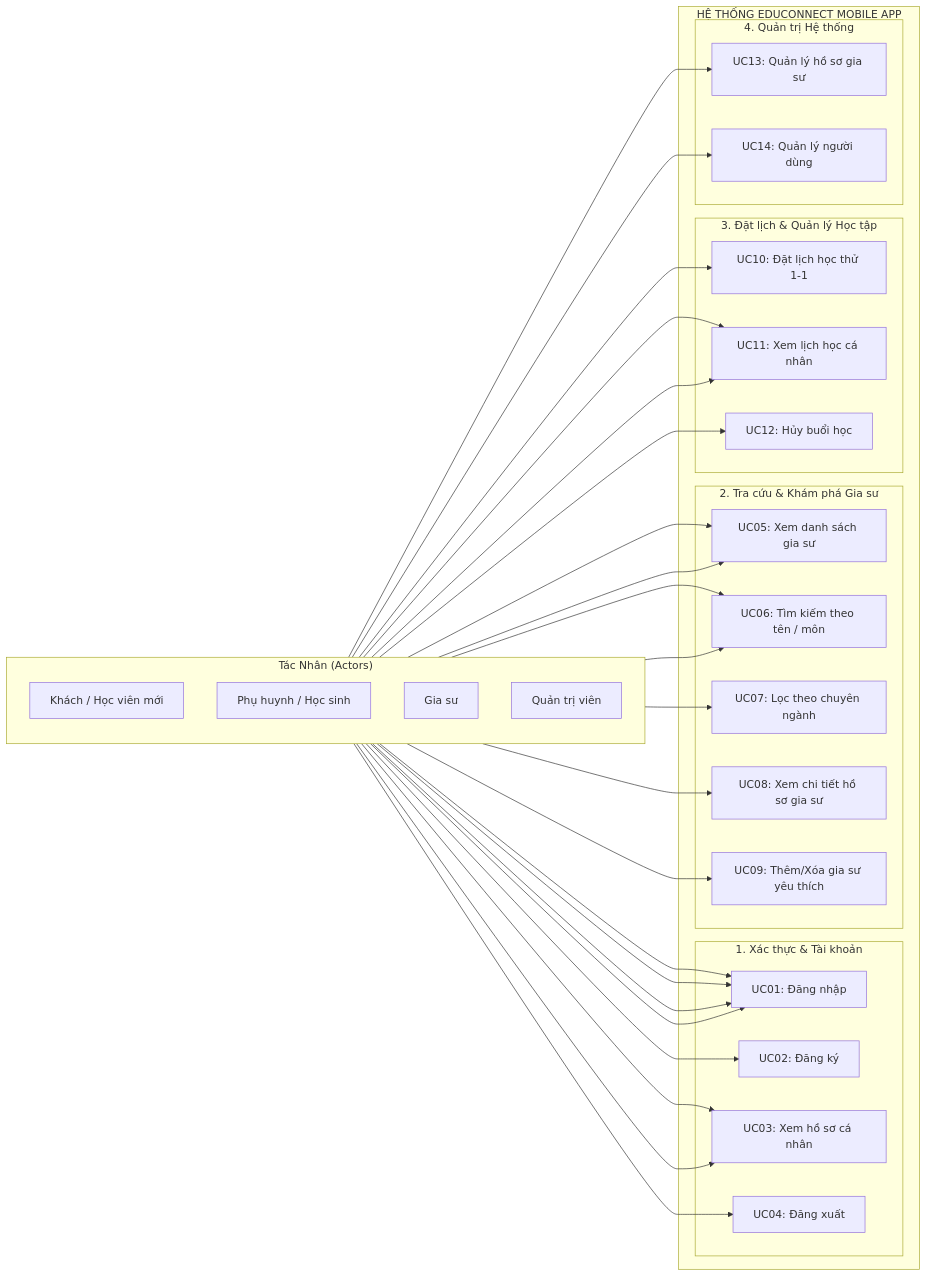
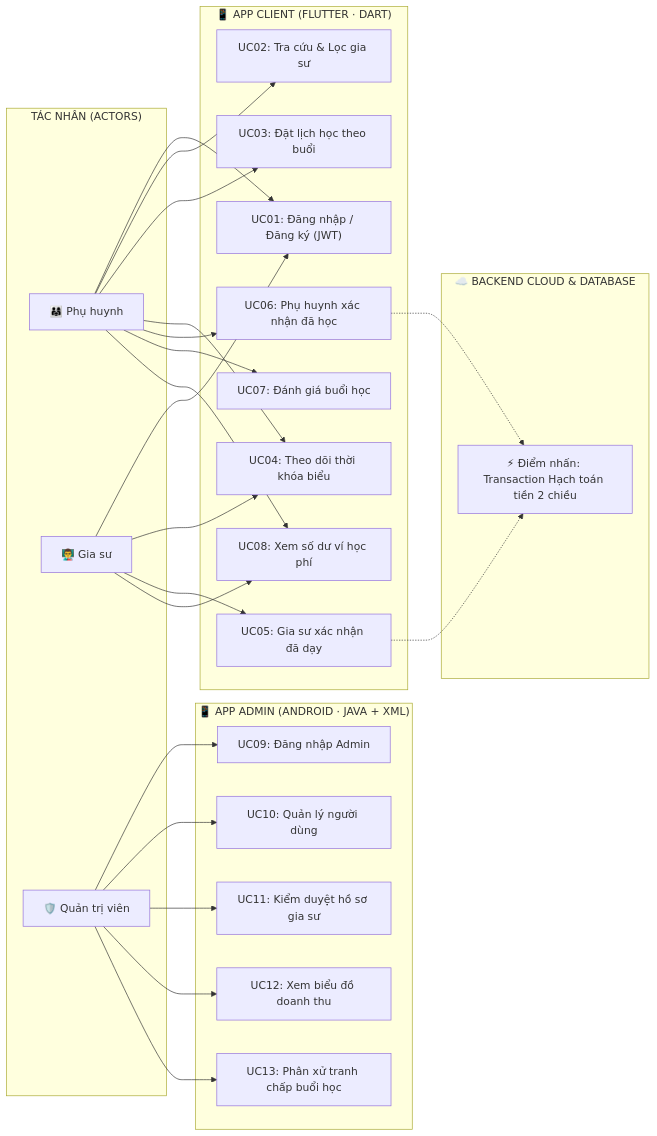
The second of 3 diagrams in README.md (vuongskyy-sys/androistudio), drawn with Mermaid before and after one commit. The commit also changed other lines of this file and 12 other files, not shown here.

Commit message:
feat: Hoan thien he thong da nen tang De tai 22 - Backend Node.js Express PostgreSQL 9 bang, Client Flutter xac nhan 2 chieu, Admin Android Retrofit 2

````diff
--- a/README.md
+++ b/README.md
@@ -60,63 +103,53 @@
 ```mermaid
 flowchart LR
-    subgraph Actors["Tác Nhân (Actors)"]
-        direction TB
-        Guest["Khách / Học viên mới"]
-        Parent["Phụ huynh / Học sinh"]
-        Tutor["Gia sư"]
-        Admin["Quản trị viên"]
+    subgraph Clients["TÁC NHÂN (ACTORS)"]
+        Parent["👨‍👩‍👧 Phụ huynh"]
+        Tutor["👨‍🏫 Gia sư"]
+        Admin["🛡️ Quản trị viên"]
     end
 
-    subgraph System["HỆ THỐNG EDUCONNECT MOBILE APP"]
-        subgraph AuthModule["1. Xác thực & Tài khoản"]
-            UC01["UC01: Đăng nhập"]
-            UC02["UC02: Đăng ký"]
-            UC03["UC03: Xem hồ sơ cá nhân"]
-            UC04["UC04: Đăng xuất"]
-        end
-
-        subgraph SearchModule["2. Tra cứu & Khám phá Gia sư"]
-            UC05["UC05: Xem danh sách gia sư"]
-            UC06["UC06: Tìm kiếm theo tên / môn"]
-            UC07["UC07: Lọc theo chuyên ngành"]
-            UC08["UC08: Xem chi tiết hồ sơ gia sư"]
-            UC09["UC09: Thêm/Xóa gia sư yêu thích"]
-        end
-
-        subgraph BookingModule["3. Đặt lịch & Quản lý Học tập"]
-            UC10["UC10: Đặt lịch học thử 1-1"]
-            UC11["UC11: Xem lịch học cá nhân"]
-            UC12["UC12: Hủy buổi học"]
-        end
-
-        subgraph AdminModule["4. Quản trị Hệ thống"]
-            UC13["UC13: Quản lý hồ sơ gia sư"]
-            UC14["UC14: Quản lý người dùng"]
-        end
+    subgraph FlutterApp["📱 APP CLIENT (FLUTTER · DART)"]
+        UC01["UC01: Đăng nhập / Đăng ký (JWT)"]
+        UC02["UC02: Tra cứu & Lọc gia sư"]
+        UC03["UC03: Đặt lịch học theo buổi"]
+        UC04["UC04: Theo dõi thời khóa biểu"]
+        UC05["UC05: Gia sư xác nhận đã dạy"]
+        UC06["UC06: Phụ huynh xác nhận đã học"]
+        UC07["UC07: Đánh giá buổi học"]
+        UC08["UC08: Xem số dư ví học phí"]
     end
 
-    Guest --> UC01
-    Guest --> UC02
-    Guest --> UC05
-    Guest --> UC06
+    subgraph AndroidApp["📱 APP ADMIN (ANDROID · JAVA + XML)"]
+        UC09["UC09: Đăng nhập Admin"]
+        UC10["UC10: Quản lý người dùng"]
+        UC11["UC11: Kiểm duyệt hồ sơ gia sư"]
+        UC12["UC12: Xem biểu đồ doanh thu"]
+        UC13["UC13: Phân xử tranh chấp buổi học"]
+    end
+
+    subgraph BackendCloud["☁️ BACKEND CLOUD & DATABASE"]
+        UC_Trans["⚡ Điểm nhấn: Transaction Hạch toán tiền 2 chiều"]
+    end
 
     Parent --> UC01
+    Parent --> UC02
     Parent --> UC03
     Parent --> UC04
-    Parent --> UC05
     Parent --> UC06
     Parent --> UC07
     Parent --> UC08
-    Parent --> UC09
-    Parent --> UC10
-    Parent --> UC11
-    Parent --> UC12
 
     Tutor --> UC01
-    Tutor --> UC03
-    Tutor --> UC11
+    Tutor --> UC04
+    Tutor --> UC05
+    Tutor --> UC08
 
-    Admin --> UC01
+    Admin --> UC09
+    Admin --> UC10
+    Admin --> UC11
+    Admin --> UC12
     Admin --> UC13
-    Admin --> UC14
+
+    UC05 -.-> UC_Trans
+    UC06 -.-> UC_Trans
 ```
````
